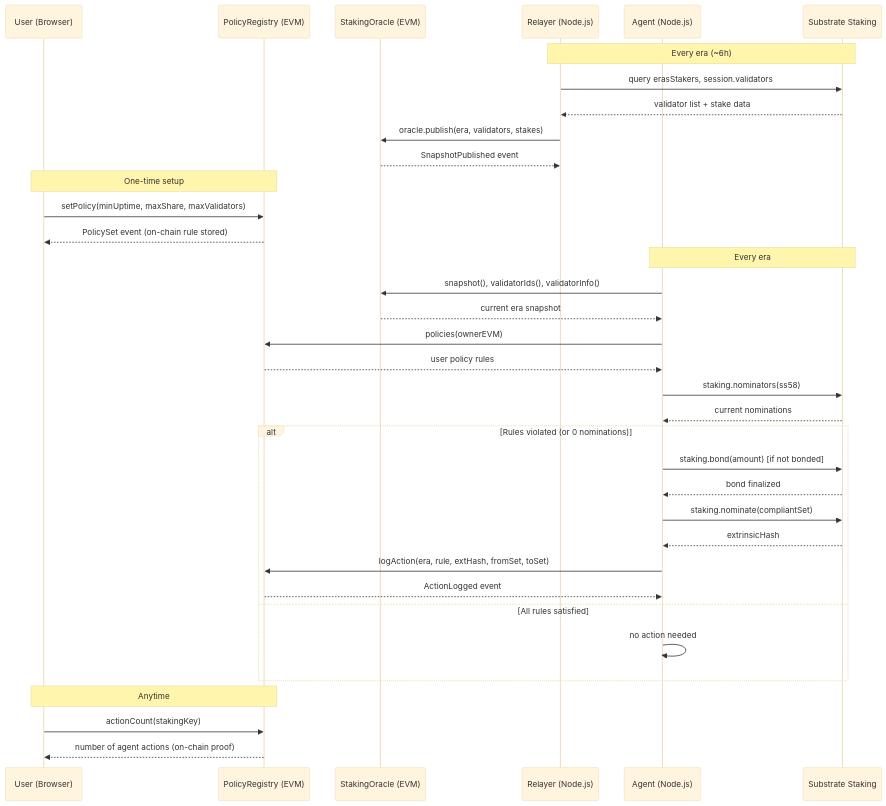
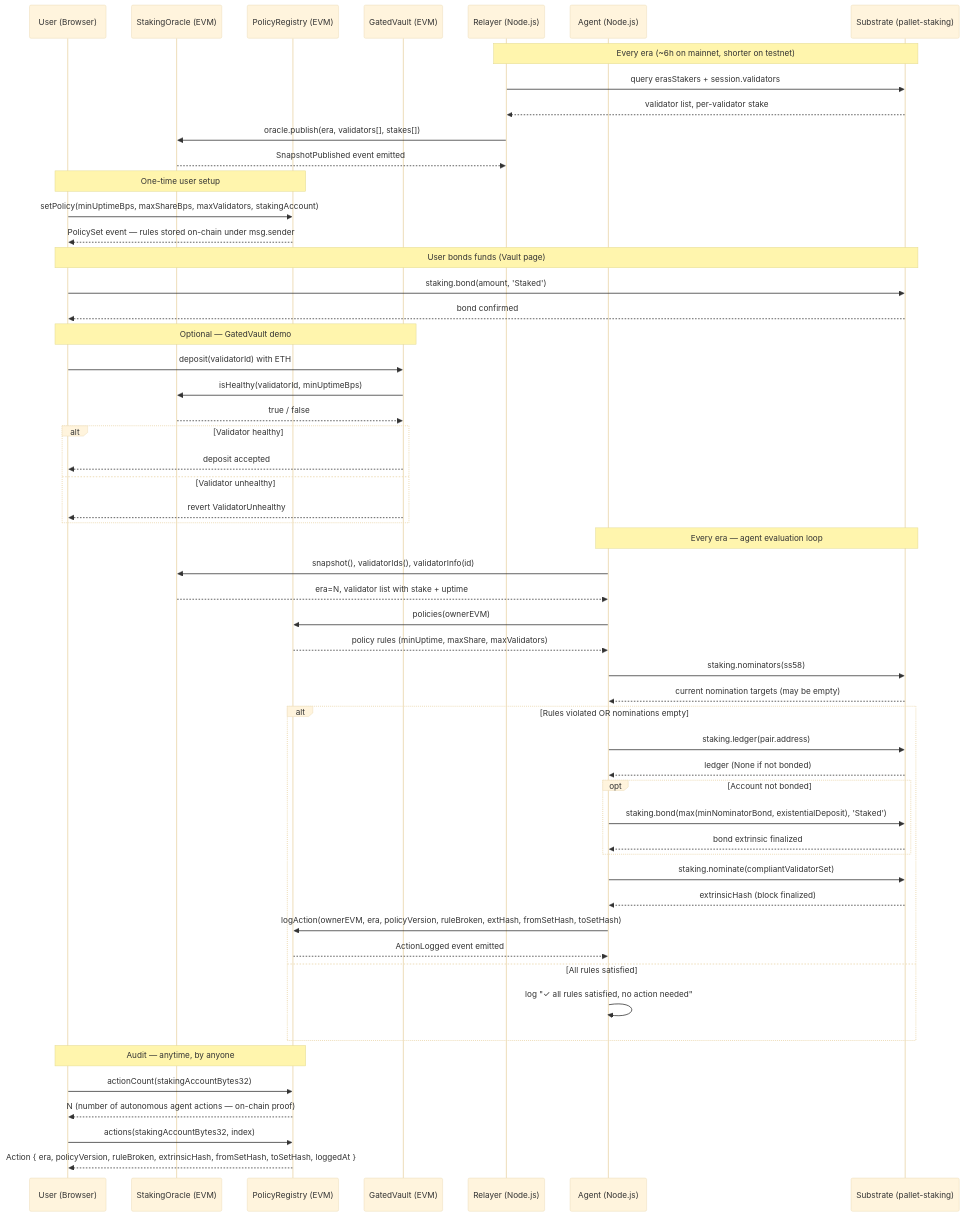
Before and after one commit to Suganthan96/Potake: the diagram in README.md, drawn with Mermaid (base theme). The commit also changed other lines of this file, not shown here.

First line of the commit message:
docs(readme): detailed README with full contract docs, architecture, and setup guide

````diff
--- a/README.md
+++ b/README.md
@@ -82,42 +161,66 @@
 ```mermaid
 sequenceDiagram
     participant U as User (Browser)
-    participant R as PolicyRegistry (EVM)
-    participant O as StakingOracle (EVM)
+    participant OR as StakingOracle (EVM)
+    participant RG as PolicyRegistry (EVM)
+    participant GV as GatedVault (EVM)
     participant Rel as Relayer (Node.js)
     participant Agt as Agent (Node.js)
-    participant Sub as Substrate Staking
+    participant Sub as Substrate (pallet-staking)
 
-    Note over Rel,Sub: Every era (~6h)
-    Rel->>Sub: query erasStakers, session.validators
-    Sub-->>Rel: validator list + stake data
-    Rel->>O: oracle.publish(era, validators, stakes)
-    O-->>Rel: SnapshotPublished event
+    Note over Rel,Sub: Every era (~6h on mainnet, shorter on testnet)
+    Rel->>Sub: query erasStakers + session.validators
+    Sub-->>Rel: validator list, per-validator stake
+    Rel->>OR: oracle.publish(era, validators[], stakes[])
+    OR-->>Rel: SnapshotPublished event emitted
 
-    Note over U,R: One-time setup
-    U->>R: setPolicy(minUptime, maxShare, maxValidators)
-    R-->>U: PolicySet event (on-chain rule stored)
+    Note over U,RG: One-time user setup
+    U->>RG: setPolicy(minUptimeBps, maxShareBps, maxValidators, stakingAccount)
+    RG-->>U: PolicySet event — rules stored on-chain under msg.sender
 
-    Note over Agt,Sub: Every era
-    Agt->>O: snapshot(), validatorIds(), validatorInfo()
-    O-->>Agt: current era snapshot
-    Agt->>R: policies(ownerEVM)
-    R-->>Agt: user policy rules
-    Agt->>Sub: staking.nominators(ss58)
-    Sub-->>Agt: current nominations
+    Note over U,Sub: User bonds funds (Vault page)
+    U->>Sub: staking.bond(amount, 'Staked')
+    Sub-->>U: bond confirmed
 
-    alt Rules violated (or 0 nominations)
-        Agt->>Sub: staking.bond(amount) [if not bonded]
-        Sub-->>Agt: bond finalized
-        Agt->>Sub: staking.nominate(compliantSet)
-        Sub-->>Agt: extrinsicHash
-        Agt->>R: logAction(era, rule, extHash, fromSet, toSet)
-        R-->>Agt: ActionLogged event
-    else All rules satisfied
-        Agt->>Agt: no action needed
+    Note over U,GV: Optional — GatedVault demo
+    U->>GV: deposit(validatorId) with ETH
+    GV->>OR: isHealthy(validatorId, minUptimeBps)
+    OR-->>GV: true / false
+    alt Validator healthy
+        GV-->>U: deposit accepted
+    else Validator unhealthy
+        GV-->>U: revert ValidatorUnhealthy
     end
 
-    Note over U,R: Anytime
-    U->>R: actionCount(stakingKey)
-    R-->>U: number of agent actions (on-chain proof)
+    Note over Agt,Sub: Every era — agent evaluation loop
+    Agt->>OR: snapshot(), validatorIds(), validatorInfo(id)
+    OR-->>Agt: era=N, validator list with stake + uptime
+    Agt->>RG: policies(ownerEVM)
+    RG-->>Agt: policy rules (minUptime, maxShare, maxValidators)
+    Agt->>Sub: staking.nominators(ss58)
+    Sub-->>Agt: current nomination targets (may be empty)
+
+    alt Rules violated OR nominations empty
+        Agt->>Sub: staking.ledger(pair.address)
+        Sub-->>Agt: ledger (None if not bonded)
+
+        opt Account not bonded
+            Agt->>Sub: staking.bond(max(minNominatorBond, existentialDeposit), 'Staked')
+            Sub-->>Agt: bond extrinsic finalized
+        end
+
+        Agt->>Sub: staking.nominate(compliantValidatorSet)
+        Sub-->>Agt: extrinsicHash (block finalized)
+        Agt->>RG: logAction(ownerEVM, era, policyVersion, ruleBroken, extHash, fromSetHash, toSetHash)
+        RG-->>Agt: ActionLogged event emitted
+
+    else All rules satisfied
+        Agt->>Agt: log "✓ all rules satisfied, no action needed"
+    end
+
+    Note over U,RG: Audit — anytime, by anyone
+    U->>RG: actionCount(stakingAccountBytes32)
+    RG-->>U: N (number of autonomous agent actions — on-chain proof)
+    U->>RG: actions(stakingAccountBytes32, index)
+    RG-->>U: Action { era, policyVersion, ruleBroken, extrinsicHash, fromSetHash, toSetHash, loggedAt }
 ```
````
